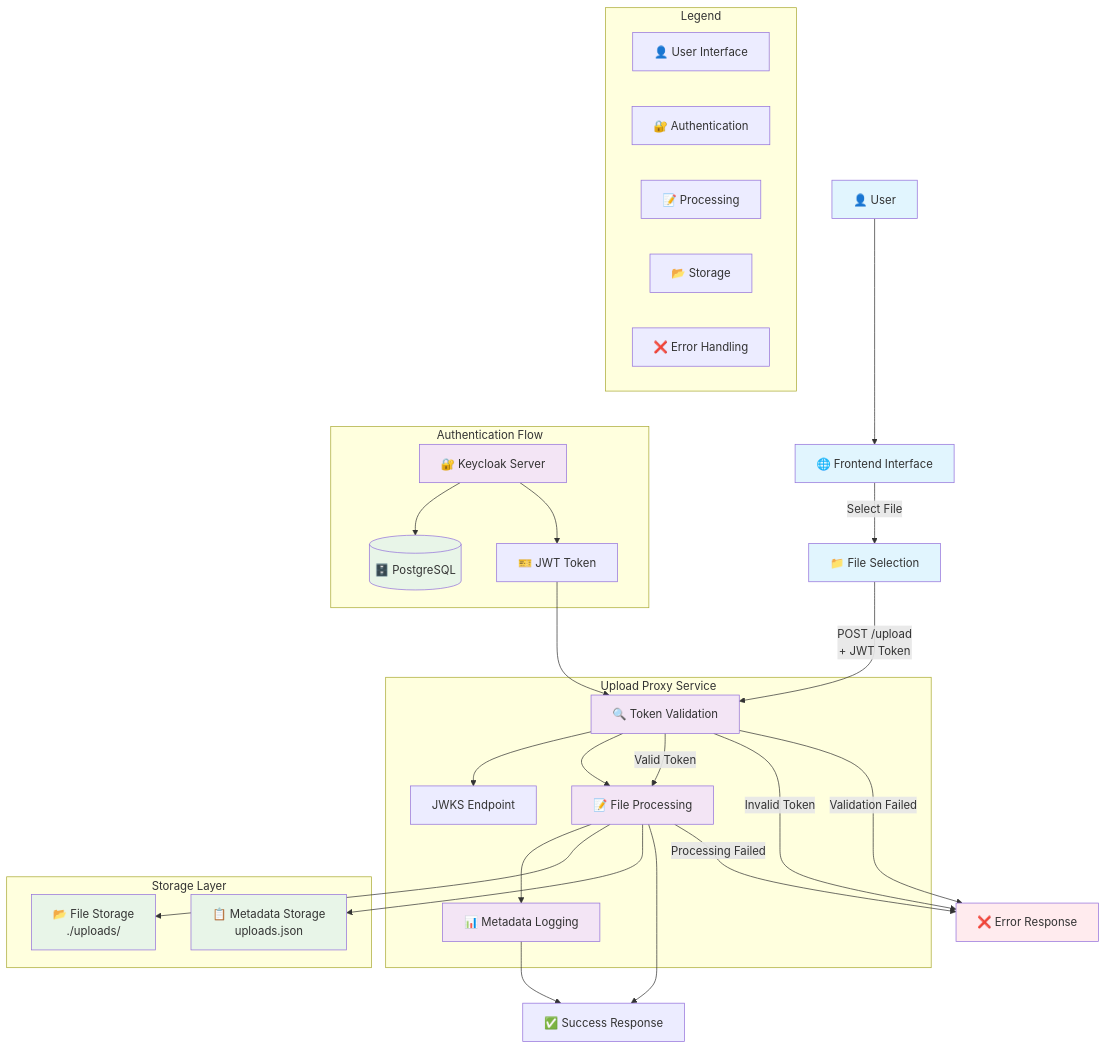
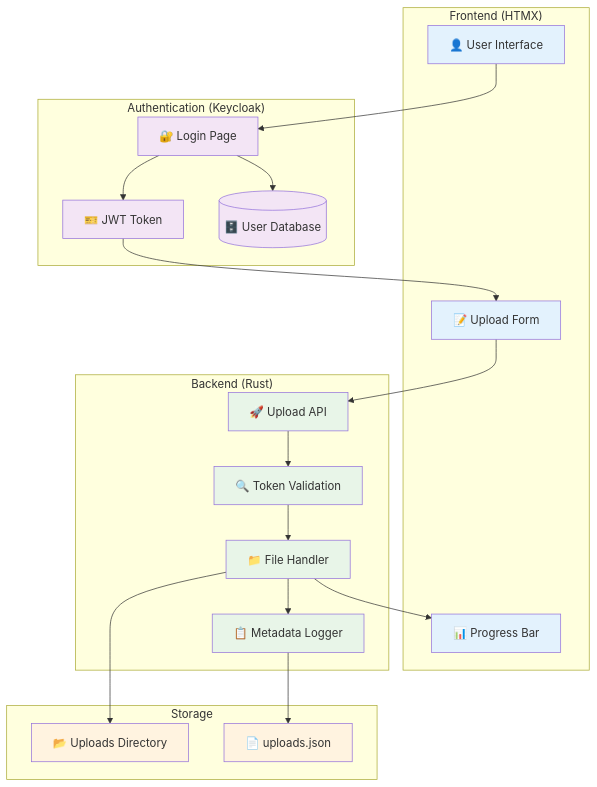
Before and after one commit to Guy-Ghis/file-uploader: the first of 10 diagrams in flow.md, drawn with Mermaid. The commit also changed other lines of this file, not shown here.

````diff
--- a/flow.md
+++ b/flow.md
@@ -5,73 +45,56 @@
 ```mermaid
 graph TB
-    %% User and Frontend
-    User[👤 User] --> Frontend[🌐 Frontend Interface]
-    Frontend --> |Select File| FileSelection[📁 File Selection]
-    
-    %% Authentication Flow
-    subgraph "Authentication Flow"
-        Keycloak[🔐 Keycloak Server]
-        DB[(🗄️ PostgreSQL)]
-        Keycloak --> DB
-        JWT[🎫 JWT Token]
-        Keycloak --> JWT
+    subgraph "Frontend (HTMX)"
+        UI[👤 User Interface]
+        Form[📝 Upload Form]
+        Progress[📊 Progress Bar]
     end
     
-    %% Upload Proxy Service
-    subgraph "Upload Proxy Service"
-        TokenValidation[🔍 Token Validation]
-        JWKS[JWKS Endpoint]
-        FileProcessing[📝 File Processing]
-        MetadataLog[📊 Metadata Logging]
-        
-        TokenValidation --> JWKS
-        TokenValidation --> FileProcessing
-        FileProcessing --> MetadataLog
+    subgraph "Authentication (Keycloak)"
+        Login[🔐 Login Page]
+        Token[🎫 JWT Token]
+        DB[(🗄️ User Database)]
     end
     
-    %% Storage
-    subgraph "Storage Layer"
-        FileStorage[📂 File Storage<br/>./uploads/]
-        MetadataStorage[📋 Metadata Storage<br/>uploads.json]
+    subgraph "Backend (Rust)"
+        API[🚀 Upload API]
+        Auth[🔍 Token Validation]
+        File[📁 File Handler]
+        Meta[📋 Metadata Logger]
     end
     
-    %% Flow Connections
-    FileSelection --> |POST /upload<br/>+ JWT Token| TokenValidation
-    JWT --> TokenValidation
+    subgraph "Storage"
+        Files[📂 Uploads Directory]
+        Log[📄 uploads.json]
+    end
     
-    %% Validation Process
-    TokenValidation --> |Valid Token| FileProcessing
-    TokenValidation --> |Invalid Token| Error[❌ Error Response]
+    %% User Flow
+    UI --> Login
+    Login --> Token
+    Token --> Form
     
-    %% File Processing
-    FileProcessing --> FileStorage
-    FileProcessing --> MetadataStorage
+    %% Upload Flow
+    Form --> API
+    API --> Auth
+    Auth --> File
+    File --> Files
+    File --> Meta
+    Meta --> Log
     
-    %% Response
-    FileProcessing --> Success[✅ Success Response]
-    MetadataLog --> Success
+    %% Progress Updates
+    File --> Progress
     
-    %% Error Handling
-    TokenValidation --> |Validation Failed| Error
-    FileProcessing --> |Processing Failed| Error
+    %% Database
+    Login --> DB
     
     %% Styling
-    classDef userClass fill:#e1f5fe
-    classDef serviceClass fill:#f3e5f5
-    classDef storageClass fill:#e8f5e8
-    classDef errorClass fill:#ffebee
+    classDef frontend fill:#e3f2fd
+    classDef auth fill:#f3e5f5
+    classDef backend fill:#e8f5e8
+    classDef storage fill:#fff3e0
     
-    class User,Frontend,FileSelection userClass
-    class Keycloak,TokenValidation,FileProcessing,MetadataLog serviceClass
-    class FileStorage,MetadataStorage,DB storageClass
-    class Error errorClass
-    
-    %% Legend
-    subgraph "Legend"
-        L1[👤 User Interface]
-        L2[🔐 Authentication]
-        L3[📝 Processing]
-        L4[📂 Storage]
-        L5[❌ Error Handling]
-    end
+    class UI,Form,Progress frontend
+    class Login,Token,DB auth
+    class API,Auth,File,Meta backend
+    class Files,Log storage
 ```
````
